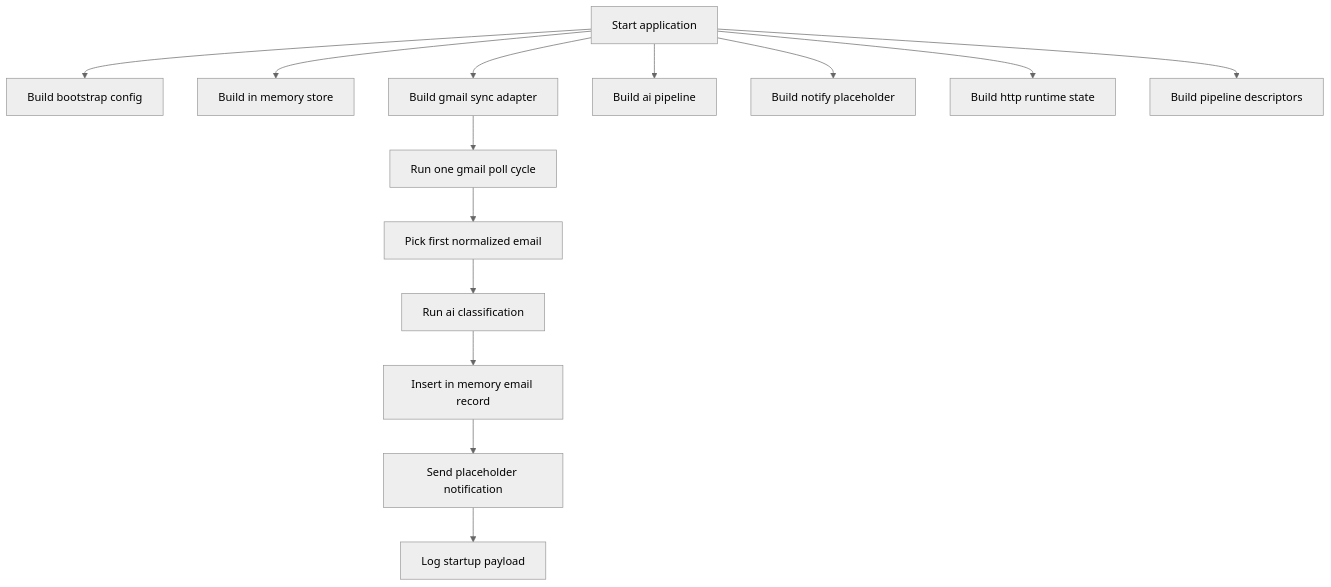
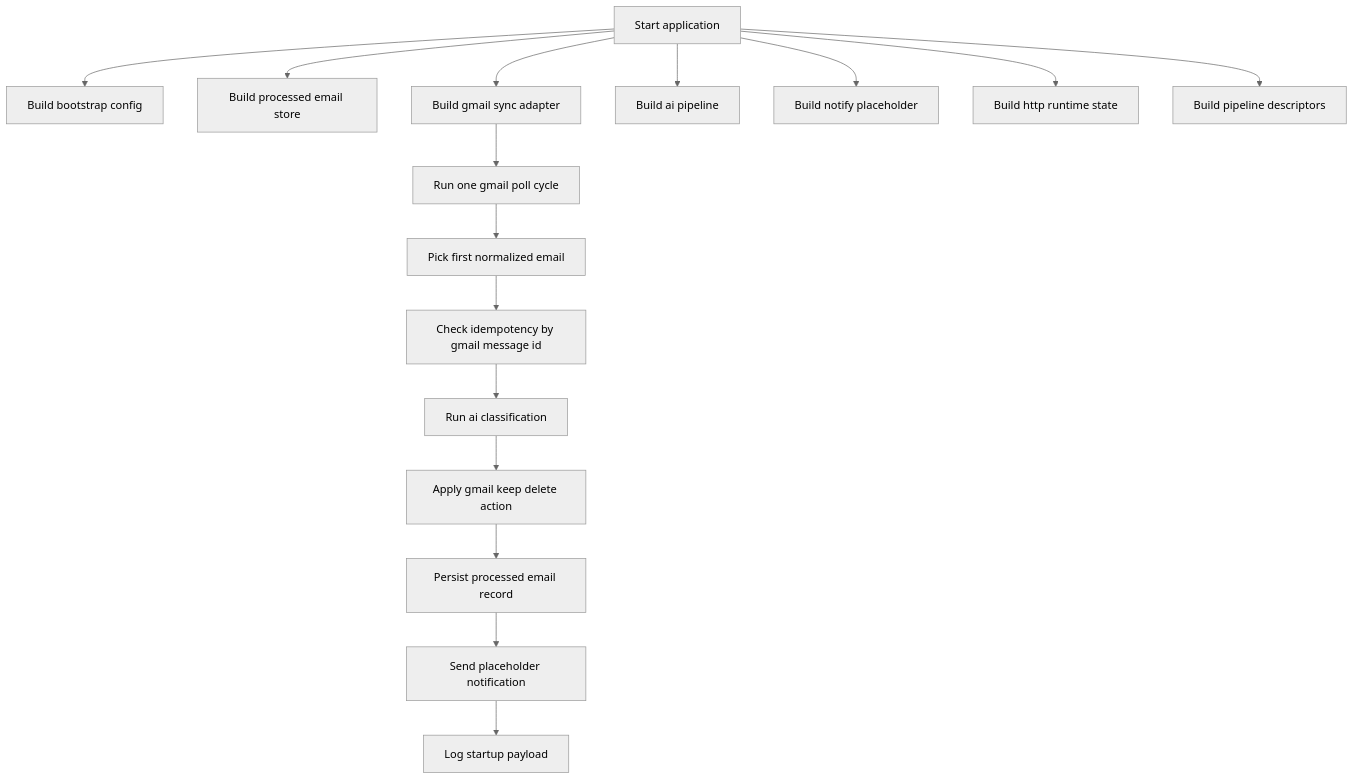
The fifth of 6 diagrams in apps/mail-agent/README.md (hoschi/all-personal-projects), drawn with Mermaid (neutral theme) before and after one commit. The commit also changed other lines of this file and 6 other files, not shown here.

````diff
--- a/apps/mail-agent/README.md
+++ b/apps/mail-agent/README.md
@@ -220,17 +223,19 @@
 ```mermaid
 flowchart TD
   A[Start application] --> B[Build bootstrap config]
-  A --> C[Build in memory store]
+  A --> C[Build processed email store]
   A --> D[Build gmail sync adapter]
   A --> E[Build ai pipeline]
   A --> F[Build notify placeholder]
   A --> G[Build http runtime state]
   A --> H[Build pipeline descriptors]
 
   D --> I[Run one gmail poll cycle]
   I --> J[Pick first normalized email]
-  J --> K[Run ai classification]
-  K --> L[Insert in memory email record]
-  L --> M[Send placeholder notification]
-  M --> N[Log startup payload]
+  J --> K[Check idempotency by gmail message id]
+  K --> L[Run ai classification]
+  L --> M[Apply gmail keep delete action]
+  M --> N[Persist processed email record]
+  N --> O[Send placeholder notification]
+  O --> P[Log startup payload]
 ```
````
